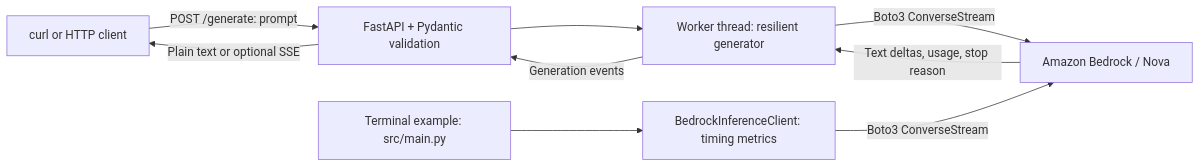
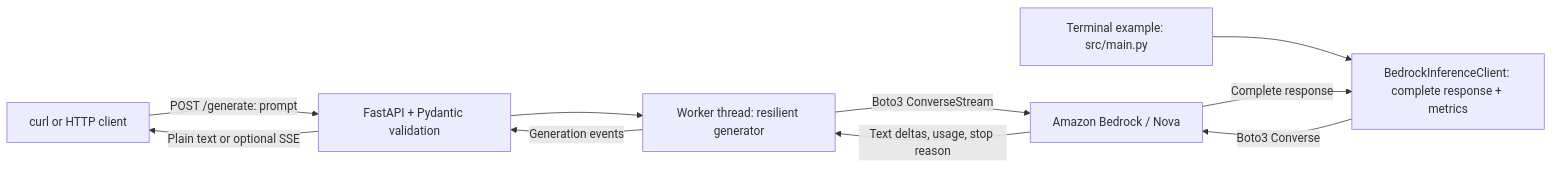
Before and after one commit to anthonyandras/genai-operations-assistant: the diagram in README.md, drawn with Mermaid. The commit also changed other lines of this file and 5 other files, not shown here.

First line of the commit message:
Use Converse for CLI inference while preserving API streaming

````diff
--- a/README.md
+++ b/README.md
@@ -23,11 +23,12 @@
 ```mermaid
 flowchart LR
     Client["curl or HTTP client"] -->|"POST /generate: prompt"| API["FastAPI + Pydantic validation"]
     API --> Worker["Worker thread: resilient generator"]
     Worker -->|"Boto3 ConverseStream"| Bedrock["Amazon Bedrock / Nova"]
     Bedrock -->|"Text deltas, usage, stop reason"| Worker
     Worker -->|"Generation events"| API
     API -->|"Plain text or optional SSE"| Client
-    CLI["Terminal example: src/main.py"] --> Timed["BedrockInferenceClient: timing metrics"]
-    Timed -->|"Boto3 ConverseStream"| Bedrock
+    CLI["Terminal example: src/main.py"] --> Complete["BedrockInferenceClient: complete response + metrics"]
+    Complete -->|"Boto3 Converse"| Bedrock
+    Bedrock -->|"Complete response"| Complete
 ```
````
